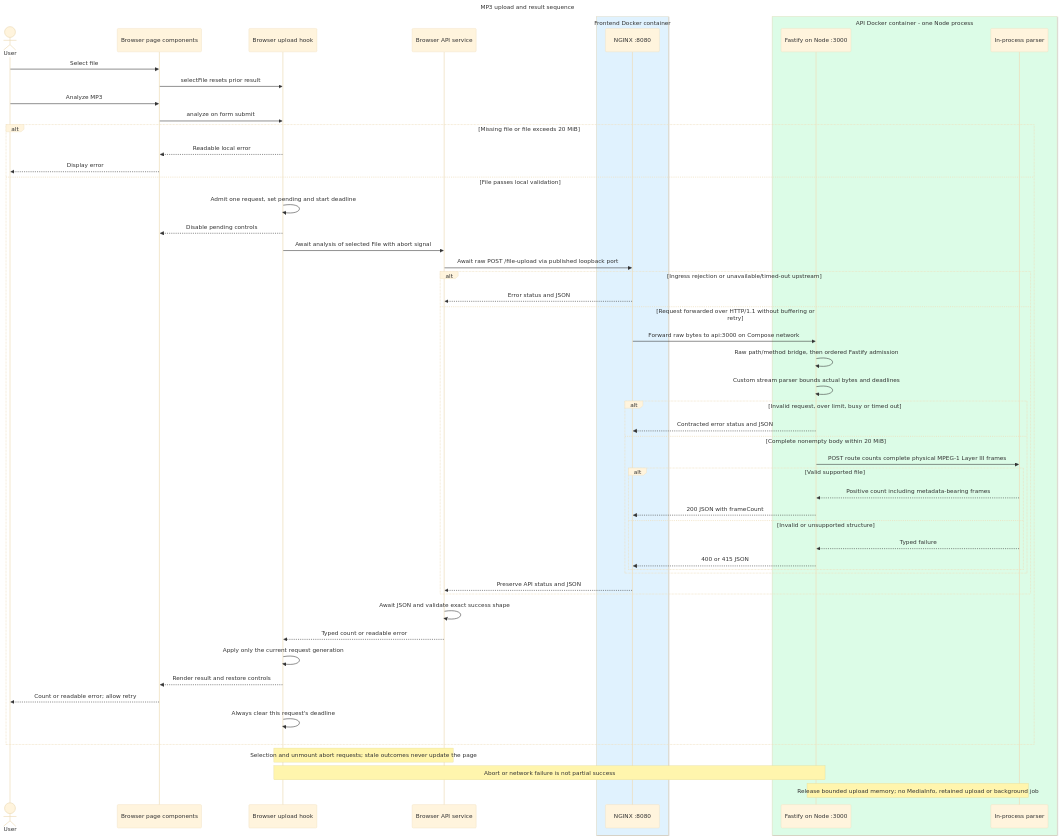
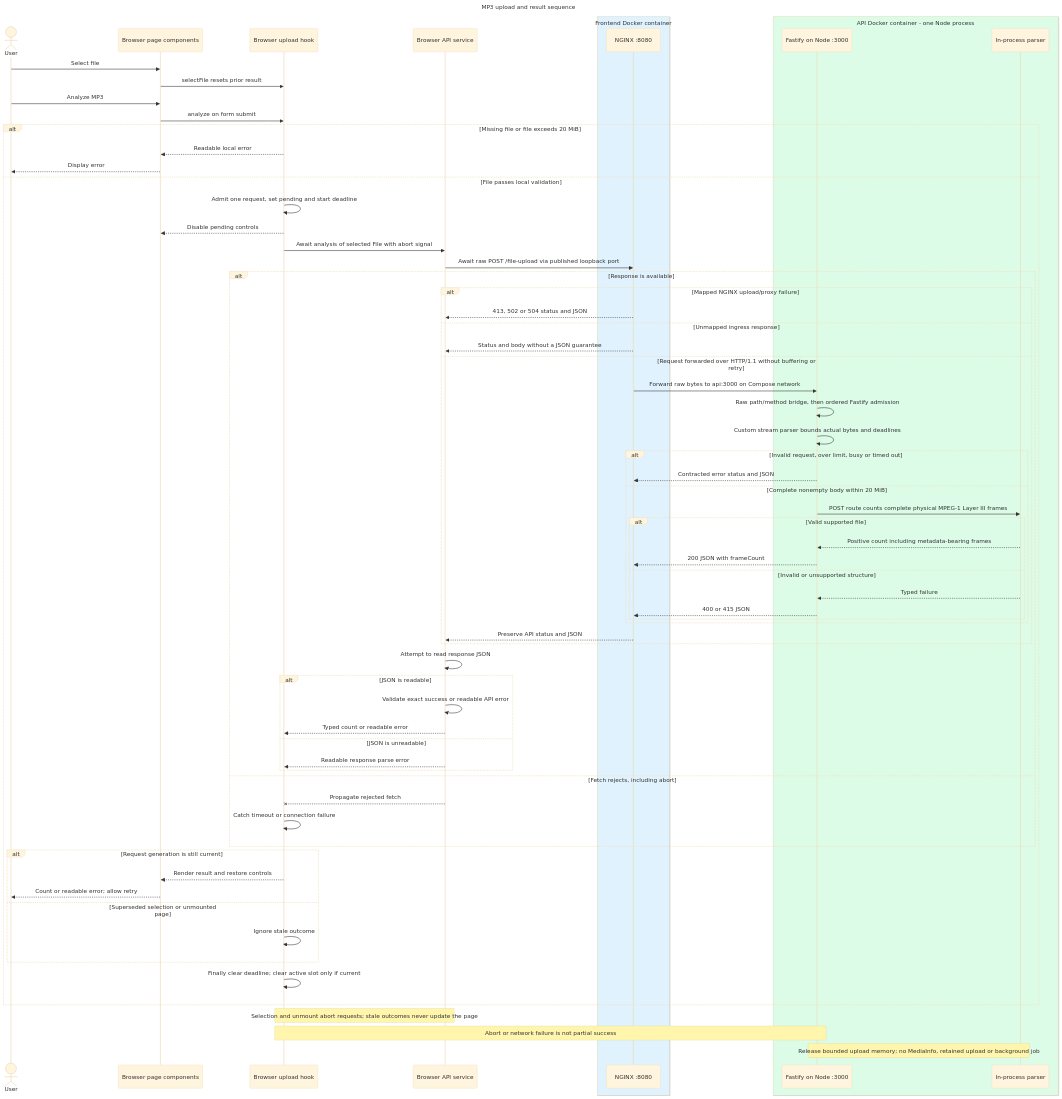
One commit to brobro10000/mp3-frame-counter changed the diagram in docs/architecture/diagrams/upload.mmd. Above: the diagram before and after it, drawn with Mermaid (base theme). The commit also changed 18 other files, not shown here.

```diff
--- a/docs/architecture/diagrams/upload.mmd
+++ b/docs/architecture/diagrams/upload.mmd
@@ -1,81 +1,101 @@
 ---
 title: MP3 upload and result sequence
+generationTime: "2026-10-11T16:24:59Z"
 query: >-
   Show the implemented Analyze MP3 request and response sequence through the browser, NGINX, Fastify API on Node and
   pure parser. Separate page components, the upload-state hook and raw request/response service inside the browser.
-  Include local file validation, pending controls, the actual-byte 20 MiB bound, typed parser failures,
-  proxy failures, JSON validation and restored controls after every outcome. Count complete physical MPEG-1 Layer III
-  frames including metadata-bearing frames. Keep errors readable and show that aborted uploads cannot succeed.
-  Use only behavior supported by the referenced files; this is not a cloud deployment diagram.
+  Include local file validation, pending controls, the actual-byte 20 MiB bound and typed parser failures.
+  Limit the JSON ingress-error branch to configured 413, 502 and 504 mappings. Separate response JSON validation from
+  other ingress responses without a JSON guarantee; unreadable JSON becomes a readable error. Separate this from
+  rejected fetches handled by the hook's timeout/network catch. Render current outcomes, ignore stale completions and
+  clear every admitted request's deadline in finally. Count complete physical MPEG-1 Layer III frames including
+  metadata-bearing frames. Aborted or incomplete uploads must never produce partial success.
+  Use the referenced implementation at the current revision as runtime authority. Historical architecture snapshots
+  remain historical evidence. This diagram describes the local application, not a cloud deployment.
   Group NGINX inside the frontend Docker container and API plus parser inside the API Docker container. The API and
   parser share one Node process; browser JavaScript runs outside Docker. Never draw the parser as a third container.
 references:
   - "File: /frontend/src/App.tsx"
   - "File: /frontend/src/response.ts"
   - "File: /frontend/src/hooks/useMp3Analysis.ts"
   - "File: /frontend/src/services/mp3Analysis.ts"
   - "File: /frontend/src/services/response.ts"
   - "File: /frontend/src/types/analysis.ts"
   - "File: /frontend/src/components/UploadForm.tsx"
   - "File: /frontend/src/components/AnalysisResult.tsx"
   - "File: /frontend/nginx.conf.template"
   - "File: /server/src/http.ts"
   - "File: /server/src/mp3.ts"
   - "File: /frontend/Dockerfile"
   - "File: /server/Dockerfile"
   - "File: /compose.yaml"
 ---
 sequenceDiagram
     actor User
     participant Browser as Browser page components
     participant Hook as Browser upload hook
     participant Service as Browser API service
     box rgb(224,242,254) Frontend Docker container
         participant Frontend as NGINX :8080
     end
     box rgb(220,252,231) API Docker container - one Node process
         participant API as Fastify on Node :3000
         participant Parser as In-process parser
     end
     User->>Browser: Select file
     Browser->>Hook: selectFile resets prior result
     User->>Browser: Analyze MP3
     Browser->>Hook: analyze on form submit
     alt Missing file or file exceeds 20 MiB
         Hook-->>Browser: Readable local error
         Browser-->>User: Display error
     else File passes local validation
         Hook->>Hook: Admit one request, set pending and start deadline
         Hook-->>Browser: Disable pending controls
         Hook->>Service: Await analysis of selected File with abort signal
         Service->>Frontend: Await raw POST /file-upload via published loopback port
-        alt Ingress rejection or unavailable/timed-out upstream
-            Frontend-->>Service: Error status and JSON
-        else Request forwarded over HTTP/1.1 without buffering or retry
-            Frontend->>API: Forward raw bytes to api:3000 on Compose network
-            API->>API: Raw path/method bridge, then ordered Fastify admission
-            API->>API: Custom stream parser bounds actual bytes and deadlines
-            alt Invalid request, over limit, busy or timed out
-                API-->>Frontend: Contracted error status and JSON
-            else Complete nonempty body within 20 MiB
-                API->>Parser: POST route counts complete physical MPEG-1 Layer III frames
-                alt Valid supported file
-                    Parser-->>API: Positive count including metadata-bearing frames
-                    API-->>Frontend: 200 JSON with frameCount
-                else Invalid or unsupported structure
-                    Parser-->>API: Typed failure
-                    API-->>Frontend: 400 or 415 JSON
+        alt Response is available
+            alt Mapped NGINX upload/proxy failure
+                Frontend-->>Service: 413, 502 or 504 status and JSON
+            else Unmapped ingress response
+                Frontend-->>Service: Status and body without a JSON guarantee
+            else Request forwarded over HTTP/1.1 without buffering or retry
+                Frontend->>API: Forward raw bytes to api:3000 on Compose network
+                API->>API: Raw path/method bridge, then ordered Fastify admission
+                API->>API: Custom stream parser bounds actual bytes and deadlines
+                alt Invalid request, over limit, busy or timed out
+                    API-->>Frontend: Contracted error status and JSON
+                else Complete nonempty body within 20 MiB
+                    API->>Parser: POST route counts complete physical MPEG-1 Layer III frames
+                    alt Valid supported file
+                        Parser-->>API: Positive count including metadata-bearing frames
+                        API-->>Frontend: 200 JSON with frameCount
+                    else Invalid or unsupported structure
+                        Parser-->>API: Typed failure
+                        API-->>Frontend: 400 or 415 JSON
+                    end
                 end
+                Frontend-->>Service: Preserve API status and JSON
             end
-            Frontend-->>Service: Preserve API status and JSON
+            Service->>Service: Attempt to read response JSON
+            alt JSON is readable
+                Service->>Service: Validate exact success or readable API error
+                Service-->>Hook: Typed count or readable error
+            else JSON is unreadable
+                Service-->>Hook: Readable response parse error
+            end
+        else Fetch rejects, including abort
+            Service--xHook: Propagate rejected fetch
+            Hook->>Hook: Catch timeout or connection failure
         end
-        Service->>Service: Await JSON and validate exact success shape
-        Service-->>Hook: Typed count or readable error
-        Hook->>Hook: Apply only the current request generation
-        Hook-->>Browser: Render result and restore controls
-        Browser-->>User: Count or readable error#59; allow retry
-        Hook->>Hook: Always clear this request's deadline
+        alt Request generation is still current
+            Hook-->>Browser: Render result and restore controls
+            Browser-->>User: Count or readable error#59; allow retry
+        else Superseded selection or unmounted page
+            Hook->>Hook: Ignore stale outcome
+        end
+        Hook->>Hook: Finally clear deadline#59; clear active slot only if current
     end
     Note over Hook,Service: Selection and unmount abort requests#59; stale outcomes never update the page
     Note over Hook,API: Abort or network failure is not partial success
     Note over API,Parser: Release bounded upload memory#59; no MediaInfo, retained upload or background job
```
